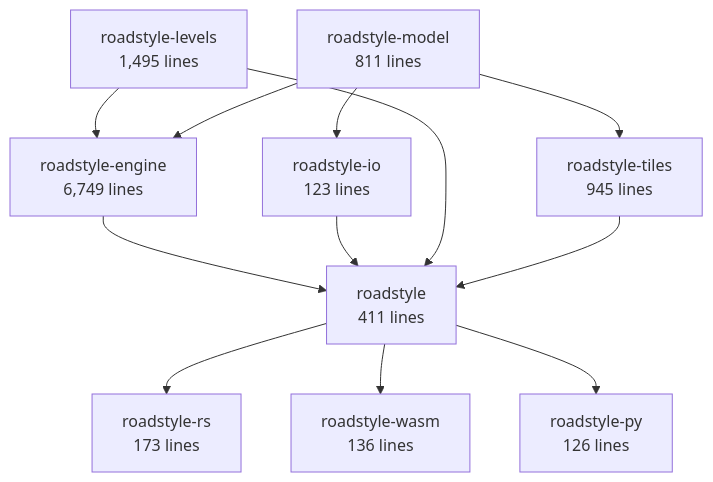
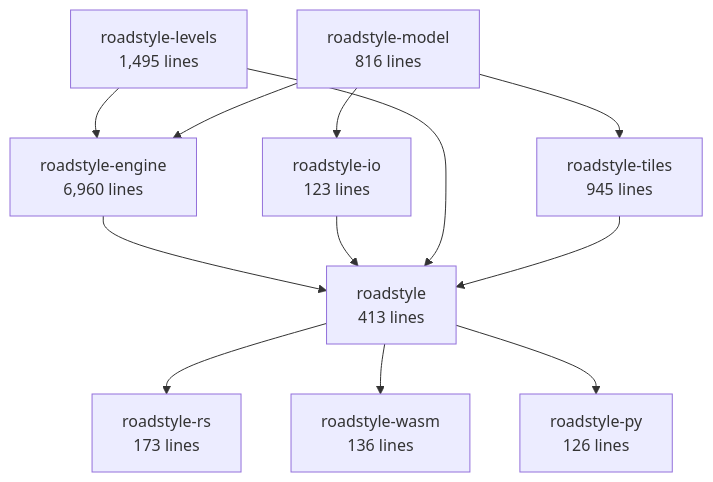
One commit to Khoshkhah/roadstyle changed the second of 6 diagrams in docs/rust/architecture.md. Above: the diagram before and after it, drawn with Mermaid. The commit also changed other lines of this file and 10 other files, not shown here.

````diff
--- a/docs/rust/architecture.md
+++ b/docs/rust/architecture.md
@@ -69,23 +69,23 @@
 ```mermaid
 flowchart TB
-    roadstyle_model["roadstyle-model<br/>811 lines"]
+    roadstyle_model["roadstyle-model<br/>816 lines"]
     roadstyle_io["roadstyle-io<br/>123 lines"]
     roadstyle_levels["roadstyle-levels<br/>1,495 lines"]
-    roadstyle_engine["roadstyle-engine<br/>6,749 lines"]
+    roadstyle_engine["roadstyle-engine<br/>6,960 lines"]
     roadstyle_tiles["roadstyle-tiles<br/>945 lines"]
-    roadstyle["roadstyle<br/>411 lines"]
+    roadstyle["roadstyle<br/>413 lines"]
     roadstyle_rs["roadstyle-rs<br/>173 lines"]
     roadstyle_wasm["roadstyle-wasm<br/>136 lines"]
     roadstyle_py["roadstyle-py<br/>126 lines"]
     roadstyle_model --> roadstyle_io
     roadstyle_levels --> roadstyle_engine
     roadstyle_model --> roadstyle_engine
     roadstyle_model --> roadstyle_tiles
     roadstyle_engine --> roadstyle
     roadstyle_io --> roadstyle
     roadstyle_levels --> roadstyle
     roadstyle_tiles --> roadstyle
     roadstyle --> roadstyle_rs
     roadstyle --> roadstyle_wasm
     roadstyle --> roadstyle_py
 ```
````
